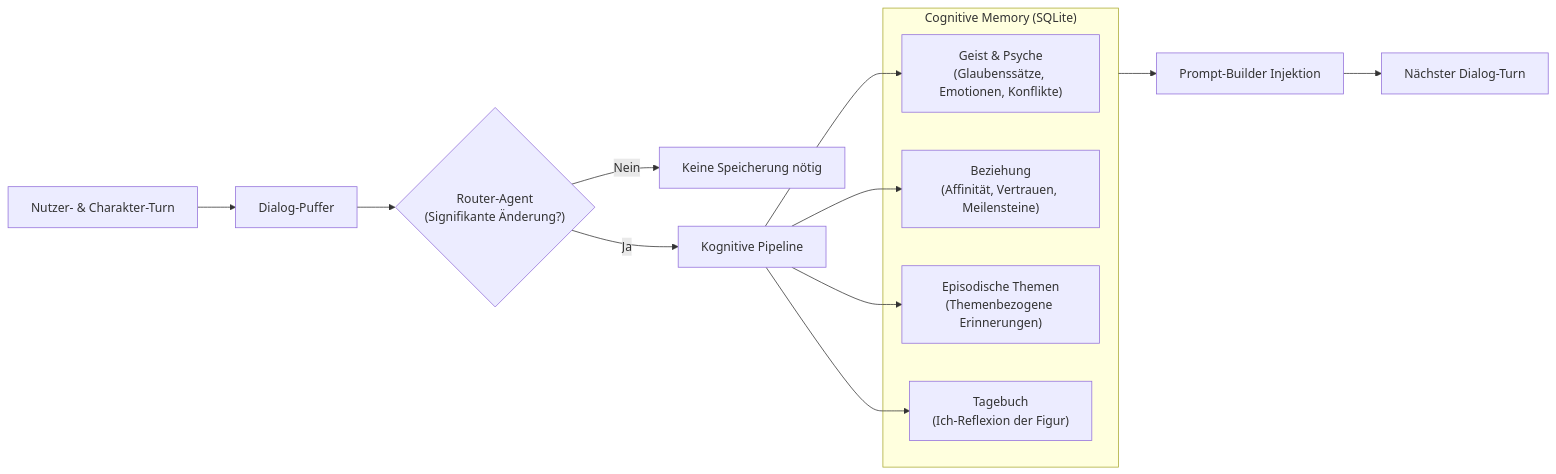
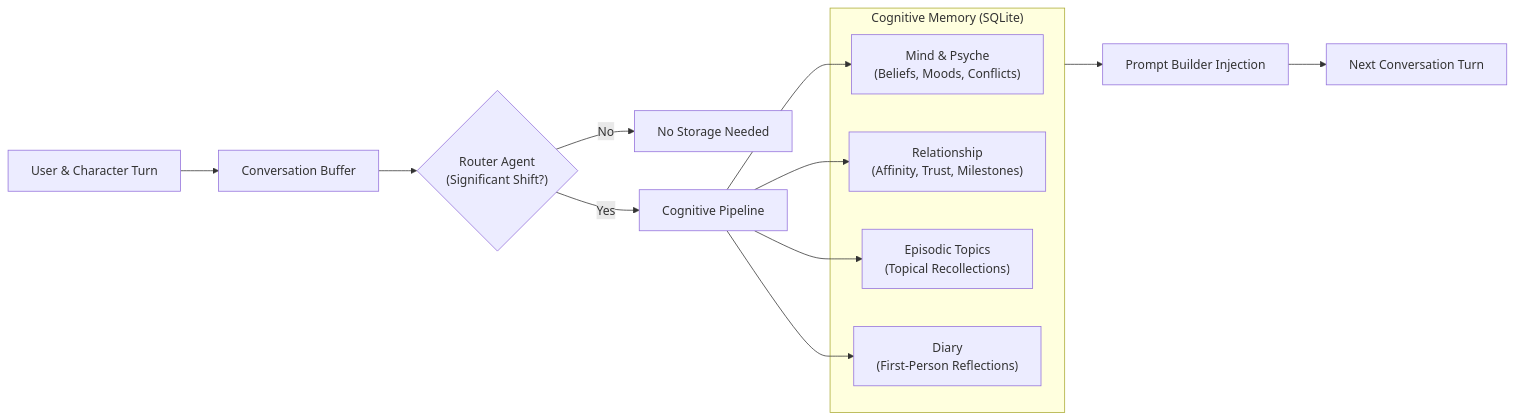
The second of 2 diagrams in README.md (SnowwhiteOakheart/OtakuSoul), drawn with Mermaid before and after one commit. The commit also changed other lines of this file and 2 other files, not shown here.

````diff
--- a/README.md
+++ b/README.md
@@ -198,23 +201,23 @@
 ```mermaid
 flowchart LR
-    Turn["Nutzer- & Charakter-Turn"] --> Buffer["Dialog-Puffer"]
-    Buffer --> Router{"Router-Agent\n(Signifikante Änderung?)"}
+    Turn["User & Character Turn"] --> Buffer["Conversation Buffer"]
+    Buffer --> Router{"Router Agent\n(Significant Shift?)"}
 
-    Router -->|Nein| Idle["Keine Speicherung nötig"]
-    Router -->|Ja| Pipeline["Kognitive Pipeline"]
+    Router -->|No| Idle["No Storage Needed"]
+    Router -->|Yes| Pipeline["Cognitive Pipeline"]
 
     subgraph SQLiteMemory["Cognitive Memory (SQLite)"]
-        Psyche["Geist & Psyche\n(Glaubenssätze, Emotionen, Konflikte)"]
-        Rel["Beziehung\n(Affinität, Vertrauen, Meilensteine)"]
-        Episodes["Episodische Themen\n(Themenbezogene Erinnerungen)"]
-        Diary["Tagebuch\n(Ich-Reflexion der Figur)"]
+        Psyche["Mind & Psyche\n(Beliefs, Moods, Conflicts)"]
+        Rel["Relationship\n(Affinity, Trust, Milestones)"]
+        Episodes["Episodic Topics\n(Topical Recollections)"]
+        Diary["Diary\n(First-Person Reflections)"]
     end
 
     Pipeline --> Psyche
     Pipeline --> Rel
     Pipeline --> Episodes
     Pipeline --> Diary
 
-    SQLiteMemory --> Prompt["Prompt-Builder Injektion"]
-    Prompt --> NextTurn["Nächster Dialog-Turn"]
+    SQLiteMemory --> Prompt["Prompt Builder Injection"]
+    Prompt --> NextTurn["Next Conversation Turn"]
 ```
````
